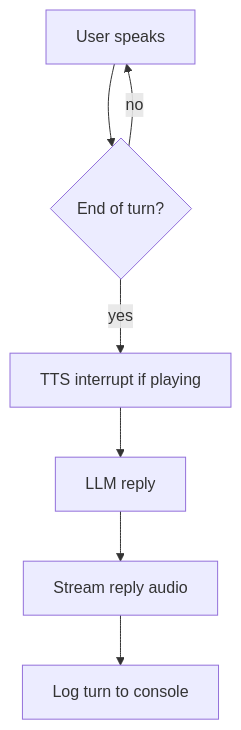
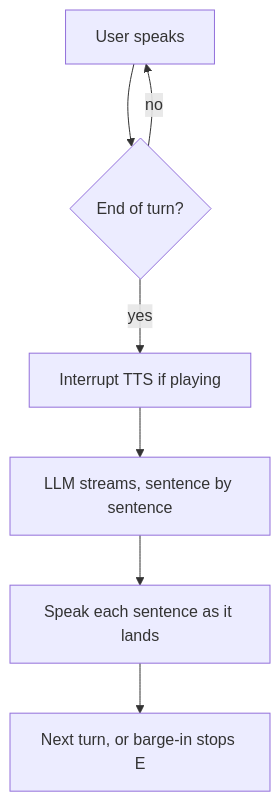
One commit to DarshanPandey515/realtime-voice-agent changed the second of 2 diagrams in README.md. Above: the diagram before and after it, drawn with Mermaid. The commit also changed other lines of this file and 12 other files, not shown here.

````diff
--- a/README.md
+++ b/README.md
@@ -30,9 +30,9 @@
 ```mermaid
 flowchart TD
     A[User speaks] --> B{End of turn?}
     B -- no --> A
-    B -- yes --> C[TTS interrupt if playing]
-    C --> D[LLM reply]
-    D --> E[Stream reply audio]
-    E --> F[Log turn to console]
+    B -- yes --> C[Interrupt TTS if playing]
+    C --> D[LLM streams, sentence by sentence]
+    D --> E[Speak each sentence as it lands]
+    E --> F[Next turn, or barge-in stops E]
 ```
````
